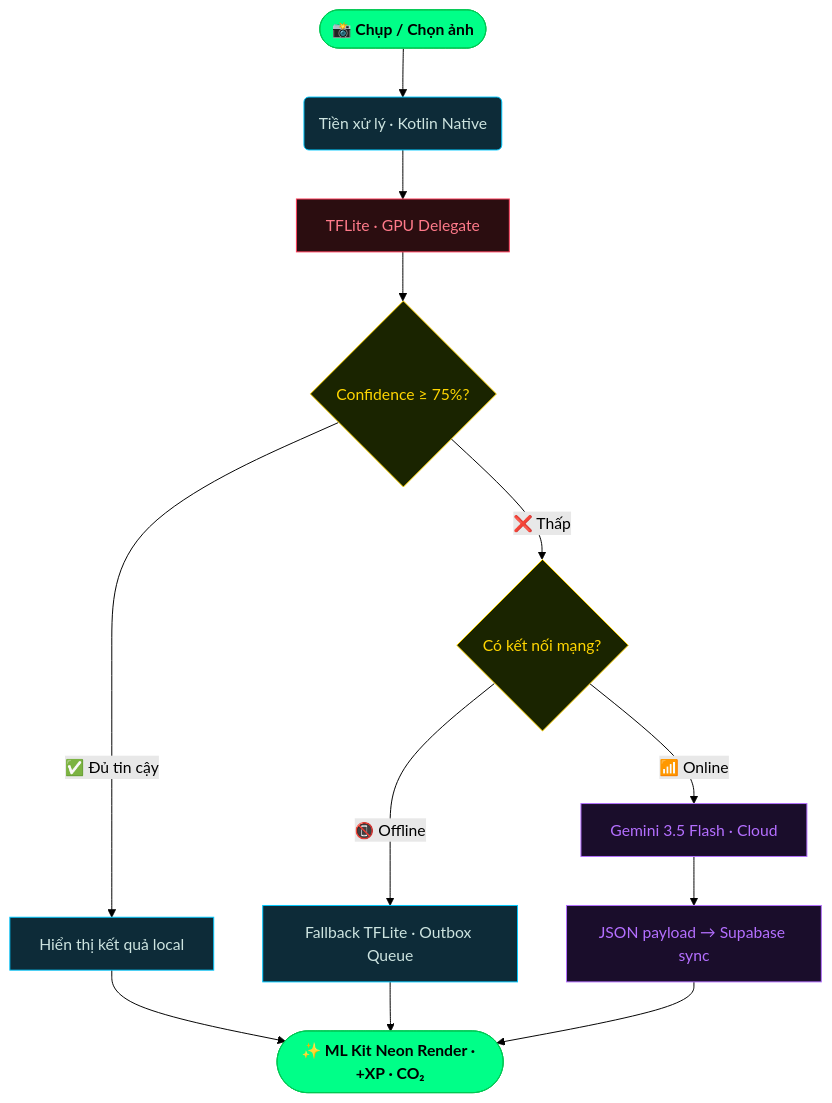
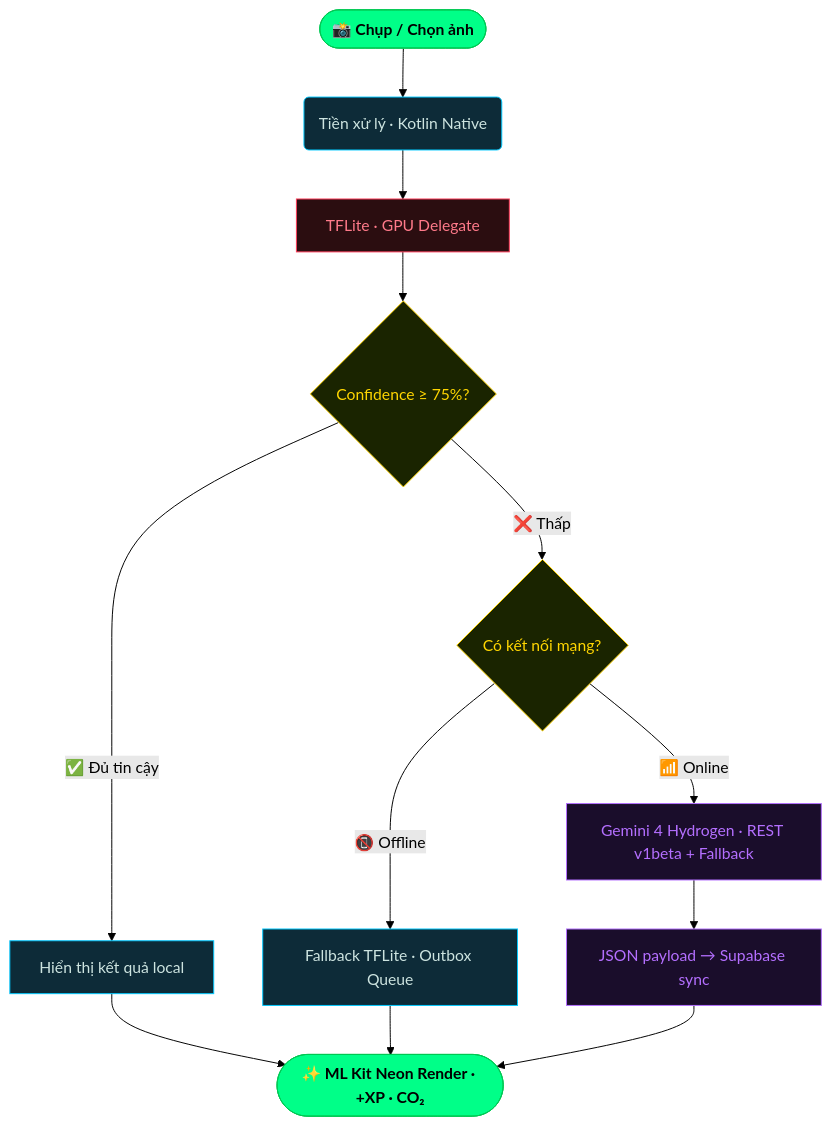
Before and after one commit to gbao86/AI_Garbage_Classification_Application: the second of 2 diagrams in README.md, drawn with Mermaid (forest theme). The commit also changed other lines of this file and 3 other files, not shown here.

Commit message:
docs(v0.5.91): sync README and Web Admin defaults/sanitizer to Gemini 4 Hydrogen

````diff
--- a/README.md
+++ b/README.md
@@ -75,20 +75,20 @@
 ```mermaid
 graph TD
     classDef start   fill:#00ff88,stroke:#00c853,color:#000,font-weight:bold
     classDef process fill:#0d2b38,stroke:#00c9ff,color:#cde4e0
     classDef decide  fill:#1a2400,stroke:#ffd600,color:#ffd600
     classDef cloud   fill:#1a0d2b,stroke:#b46fff,color:#b46fff
     classDef local   fill:#2b0d10,stroke:#ff3d5a,color:#ff7a8a
 
     A([📸 Chụp / Chọn ảnh]):::start --> B(Tiền xử lý · Kotlin Native):::process
     B --> D[TFLite · GPU Delegate]:::local
     D --> E{Confidence ≥ 75%?}:::decide
     E -->|✅ Đủ tin cậy| F[Hiển thị kết quả local]:::process
     E -->|❌ Thấp| G{Có kết nối mạng?}:::decide
-    G -->|📶 Online| H[Gemini 3.5 Flash · Cloud]:::cloud
+    G -->|📶 Online| H[Gemini 4 Hydrogen · REST v1beta + Fallback]:::cloud
     G -->|📵 Offline| I[Fallback TFLite · Outbox Queue]:::process
     H --> J[JSON payload → Supabase sync]:::cloud
     F --> L([✨ ML Kit Neon Render · +XP · CO₂]):::start
     I --> L
     J --> L
 ```
````
